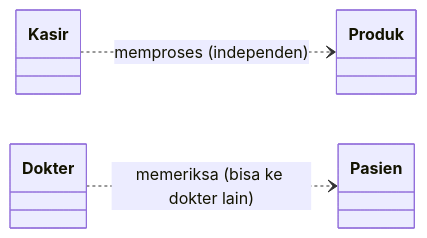
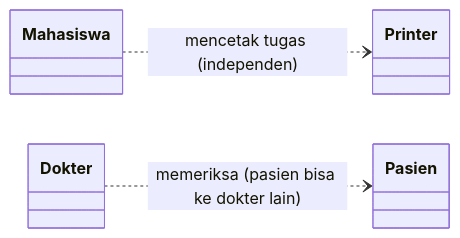
The first of 11 diagrams in Materi_05_Hubungan_Kelas_dan_UML/materi.md (antonprafanto/PBO2026), drawn with Mermaid before and after one commit. The commit also changed other lines of this file, not shown here.

````diff
--- a/Materi_05_Hubungan_Kelas_dan_UML/materi.md
+++ b/Materi_05_Hubungan_Kelas_dan_UML/materi.md
@@ -38,10 +38,10 @@
 ```mermaid
 classDiagram
     direction LR
-    class Kasir
-    class Produk
+    class Mahasiswa
+    class Printer
     class Dokter
     class Pasien
-    Kasir ..> Produk : memproses (independen)
-    Dokter ..> Pasien : memeriksa (bisa ke dokter lain)
+    Mahasiswa ..> Printer : mencetak tugas (independen)
+    Dokter ..> Pasien : memeriksa (pasien bisa ke dokter lain)
 ```
````
